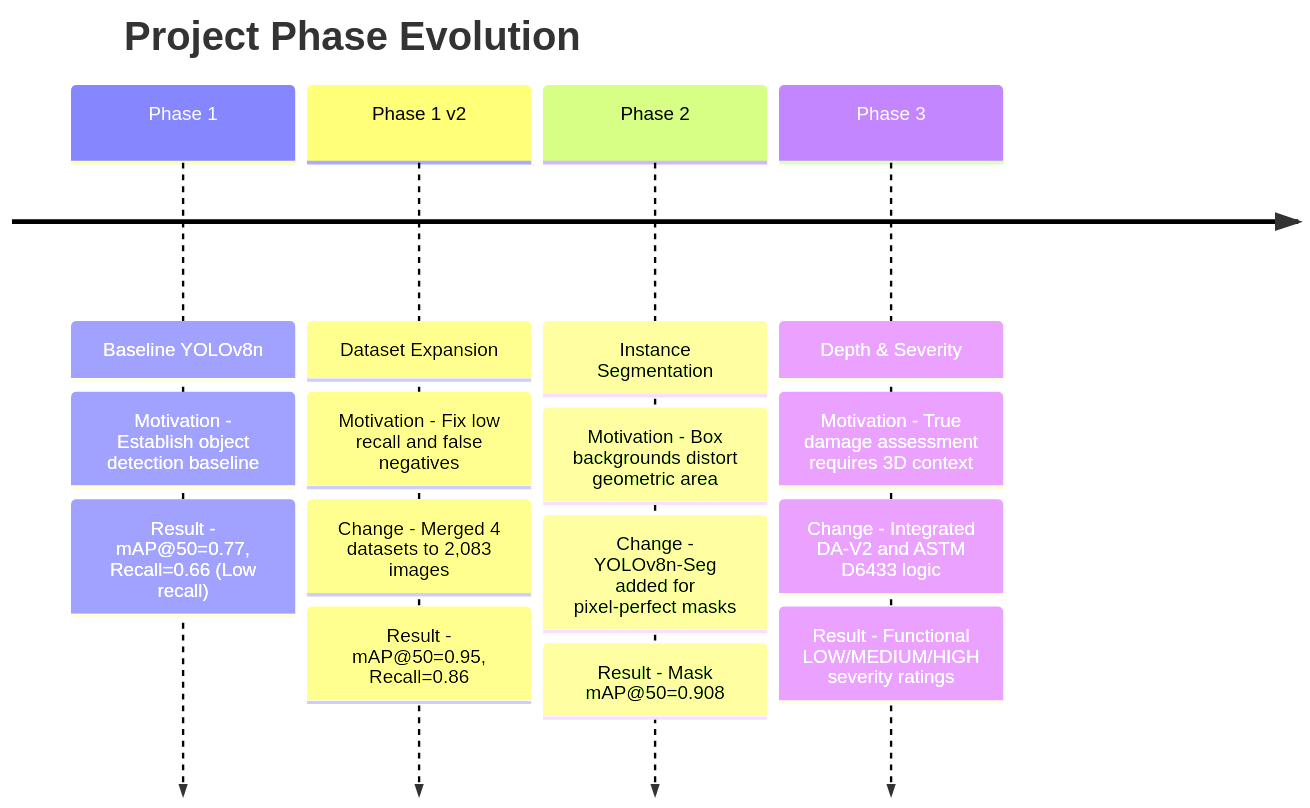
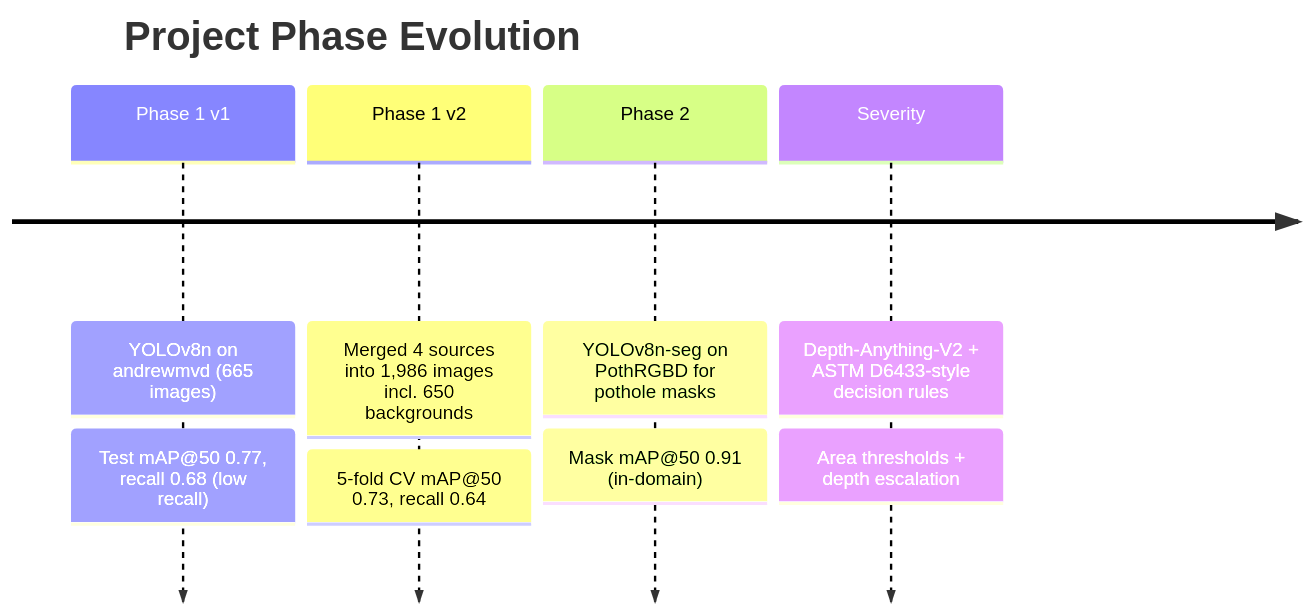
Before and after one commit to mohanreddythippireddy14-cell/Pothole_detection: the diagram in docs/assets/diagrams/03_phase_evolution_timeline.mmd, drawn with Mermaid. The commit also changed 22 other files, not shown here.

```diff
--- a/docs/assets/diagrams/03_phase_evolution_timeline.mmd
+++ b/docs/assets/diagrams/03_phase_evolution_timeline.mmd
@@ -1,17 +1,10 @@
 timeline
     title Project Phase Evolution
-    Phase 1 : Baseline YOLOv8n
-            : Motivation - Establish object detection baseline
-            : Result - mAP@50=0.77, Recall=0.66 (Low recall)
-    Phase 1 v2 : Dataset Expansion
-               : Motivation - Fix low recall and false negatives
-               : Change - Merged 4 datasets to 2,083 images
-               : Result - mAP@50=0.95, Recall=0.86
-    Phase 2 : Instance Segmentation
-            : Motivation - Box backgrounds distort geometric area
-            : Change - YOLOv8n-Seg added for pixel-perfect masks
-            : Result - Mask mAP@50=0.908
-    Phase 3 : Depth & Severity
-            : Motivation - True damage assessment requires 3D context
-            : Change - Integrated DA-V2 and ASTM D6433 logic
-            : Result - Functional LOW/MEDIUM/HIGH severity ratings
+    Phase 1 v1 : YOLOv8n on andrewmvd (665 images)
+               : Test mAP@50 0.77, recall 0.68 (low recall)
+    Phase 1 v2 : Merged 4 sources into 1,986 images incl. 650 backgrounds
+               : 5-fold CV mAP@50 0.73, recall 0.64
+    Phase 2    : YOLOv8n-seg on PothRGBD for pothole masks
+               : Mask mAP@50 0.91 (in-domain)
+    Severity   : Depth-Anything-V2 + ASTM D6433-style decision rules
+               : Area thresholds + depth escalation
```
